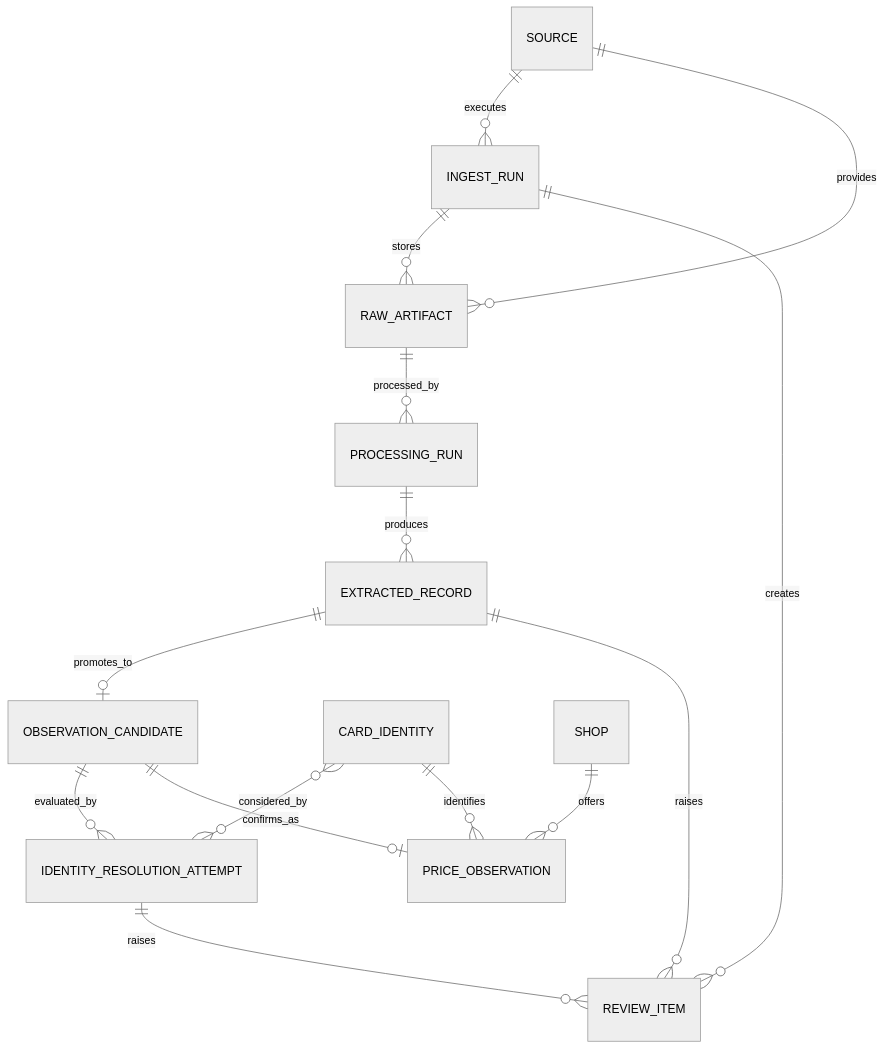
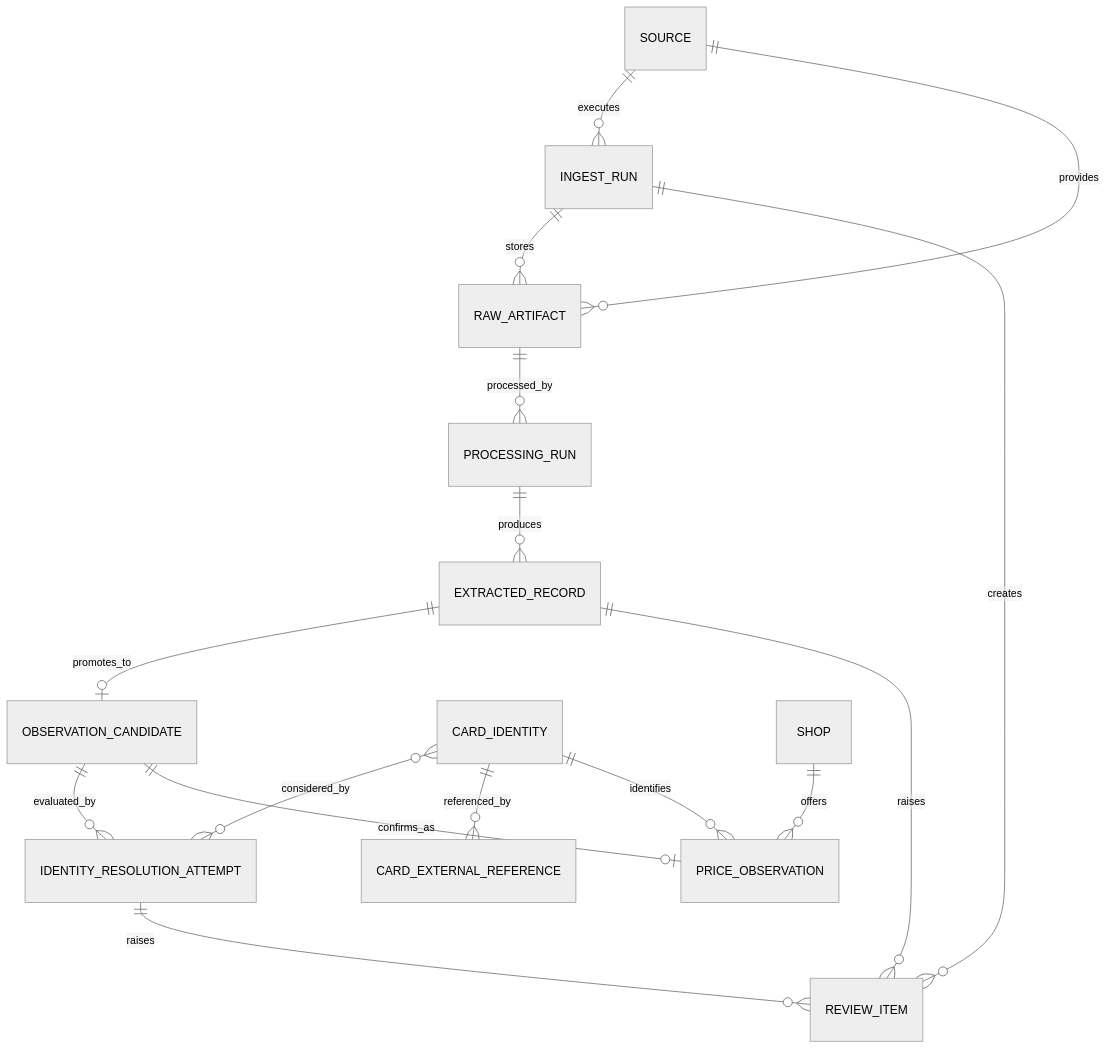
One commit to mgmaru/card-pulse changed the diagram in docs/architecture/data-model.md. Above: the diagram before and after it, drawn with Mermaid (neutral theme). The commit also changed other lines of this file and 5 other files, not shown here.

Commit message:
docs: decide opaque card identity IDs

````diff
--- a/docs/architecture/data-model.md
+++ b/docs/architecture/data-model.md
@@ -29,17 +30,18 @@
 ```mermaid
 erDiagram
     SOURCE ||--o{ INGEST_RUN : executes
     INGEST_RUN ||--o{ RAW_ARTIFACT : stores
     SOURCE ||--o{ RAW_ARTIFACT : provides
     RAW_ARTIFACT ||--o{ PROCESSING_RUN : processed_by
     PROCESSING_RUN ||--o{ EXTRACTED_RECORD : produces
     EXTRACTED_RECORD ||--o| OBSERVATION_CANDIDATE : promotes_to
     OBSERVATION_CANDIDATE ||--o{ IDENTITY_RESOLUTION_ATTEMPT : evaluated_by
     CARD_IDENTITY }o--o{ IDENTITY_RESOLUTION_ATTEMPT : considered_by
+    CARD_IDENTITY ||--o{ CARD_EXTERNAL_REFERENCE : referenced_by
     OBSERVATION_CANDIDATE ||--o| PRICE_OBSERVATION : confirms_as
     SHOP ||--o{ PRICE_OBSERVATION : offers
     CARD_IDENTITY ||--o{ PRICE_OBSERVATION : identifies
     EXTRACTED_RECORD ||--o{ REVIEW_ITEM : raises
     IDENTITY_RESOLUTION_ATTEMPT ||--o{ REVIEW_ITEM : raises
     INGEST_RUN ||--o{ REVIEW_ITEM : creates
 ```
````
